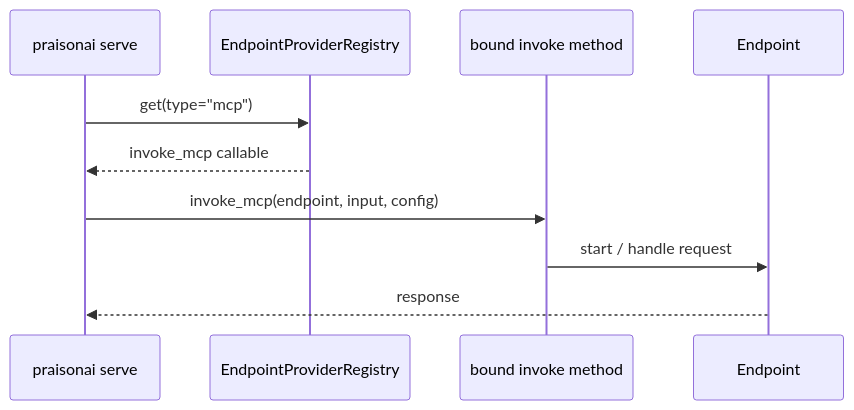
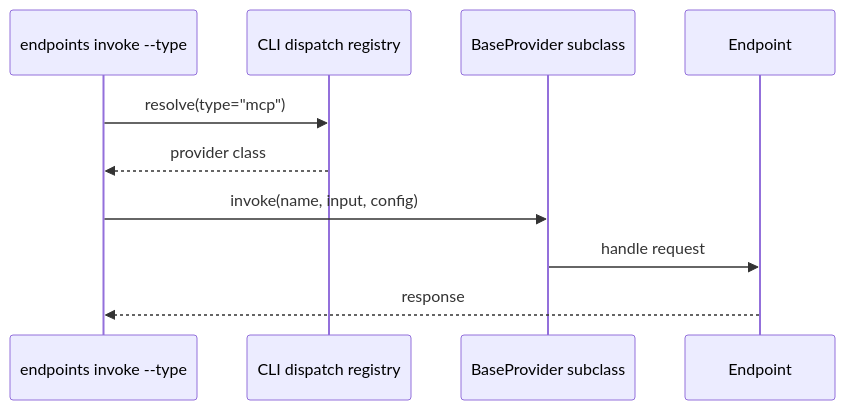
The third of 4 diagrams in docs/features/endpoint-provider-registry.mdx (MervinPraison/PraisonAIDocs), drawn with Mermaid before and after one commit. The commit also changed other lines of this file and 2 other files, not shown here.

Commit message:
docs: reconcile endpoint provider registry to single entry-point group (fixes #3152)

````diff
--- a/docs/features/endpoint-provider-registry.mdx
+++ b/docs/features/endpoint-provider-registry.mdx
@@ -139,13 +147,13 @@
 ```mermaid
 sequenceDiagram
-    participant CLI as praisonai serve
-    participant Reg as EndpointProviderRegistry
-    participant Invoke as bound invoke method
+    participant CLI as endpoints invoke --type
+    participant Reg as CLI dispatch registry
+    participant Prov as BaseProvider subclass
     participant EP as Endpoint
 
-    CLI->>Reg: get(type="mcp")
-    Reg-->>CLI: invoke_mcp callable
-    CLI->>Invoke: invoke_mcp(endpoint, input, config)
-    Invoke->>EP: start / handle request
+    CLI->>Reg: resolve(type="mcp")
+    Reg-->>CLI: provider class
+    CLI->>Prov: invoke(name, input, config)
+    Prov->>EP: handle request
     EP-->>CLI: response
 ```
````
